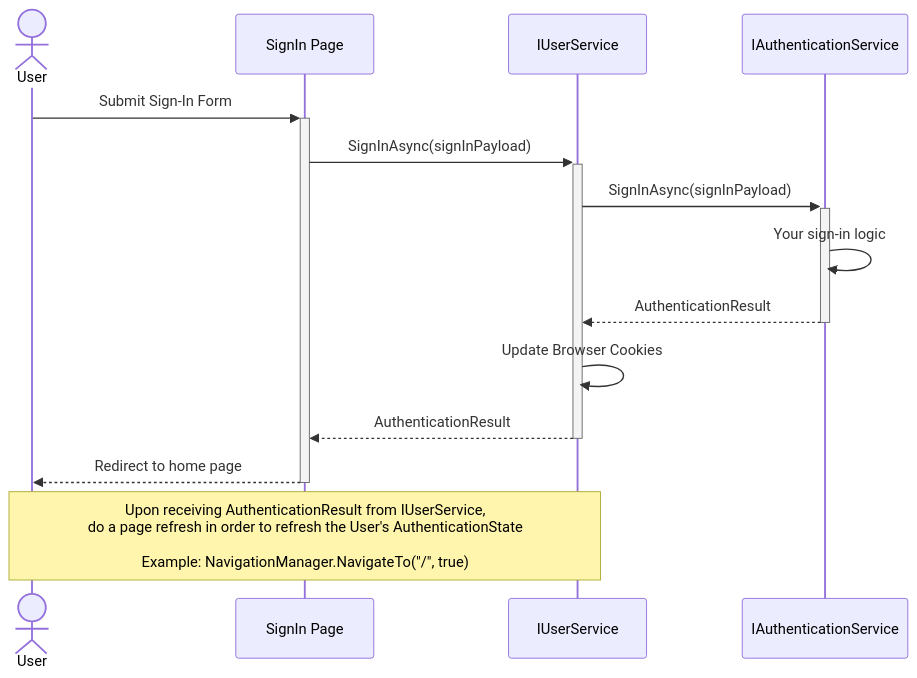
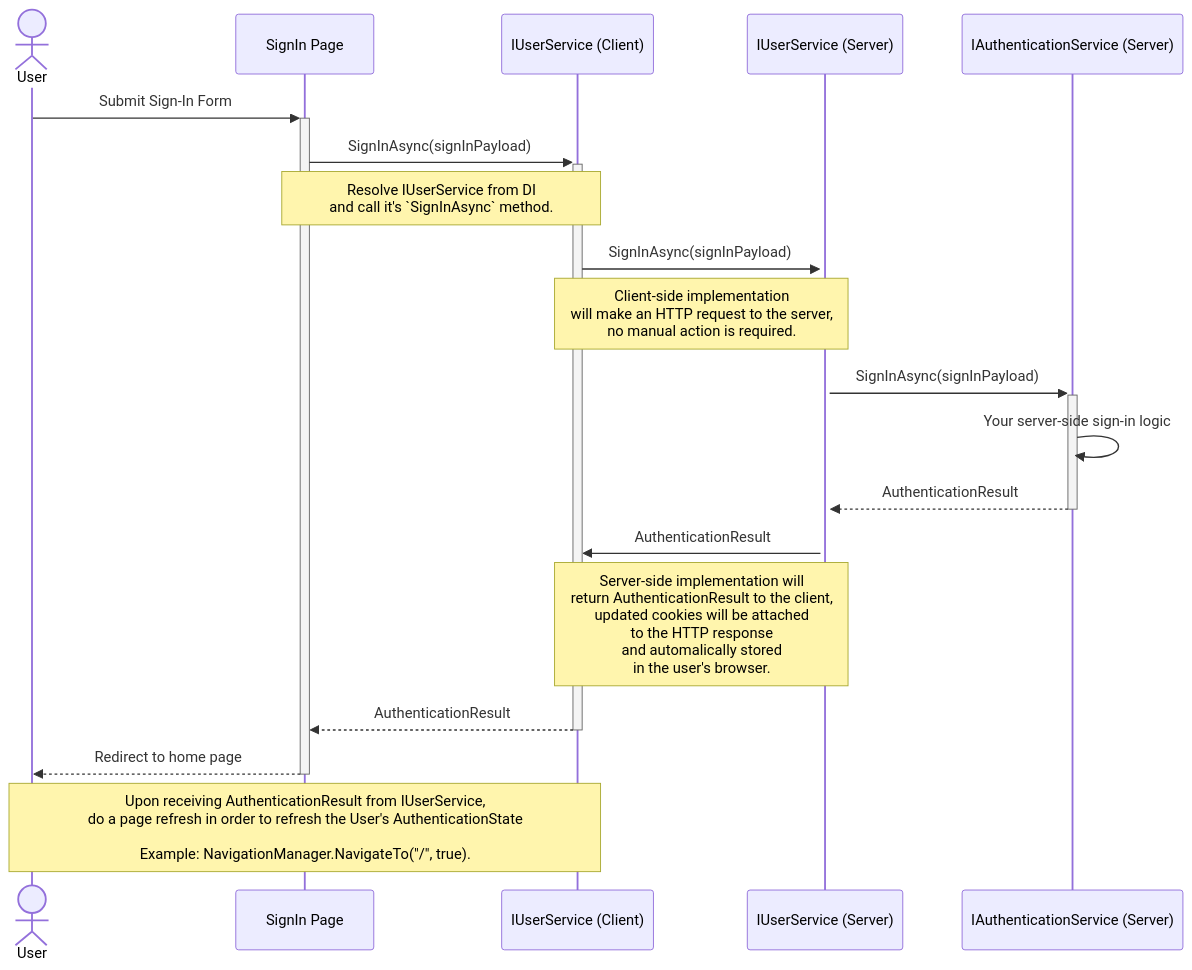
One commit to BitzArt/Blazor.Auth changed the first of 2 diagrams in docs/src/04.use-cases/01.interactive-webassembly.md. Above: the diagram before and after it, drawn with Mermaid. The commit also changed other lines of this file and 3 other files, not shown here.

````diff
--- a/docs/src/04.use-cases/01.interactive-webassembly.md
+++ b/docs/src/04.use-cases/01.interactive-webassembly.md
@@ -9,18 +9,27 @@
 ```mermaid
 sequenceDiagram
 
 actor user as User
 participant page as SignIn Page
-participant userService as IUserService
-participant authService as IAuthenticationService
+participant userServiceClient as IUserService (Client)
+participant userServiceServer as IUserService (Server)
+participant authService as IAuthenticationService (Server)
 
 user ->>+ page: Submit Sign-In Form
-page ->>+ userService: SignInAsync(signInPayload)
-userService ->>+ authService: SignInAsync(signInPayload)
-authService ->> authService: Your sign-in logic
-authService -->>- userService: AuthenticationResult
-userService ->> userService: Update Browser Cookies
-userService -->>- page: AuthenticationResult
+page ->>+ userServiceClient: SignInAsync(signInPayload)
+note over page,userServiceClient: Resolve IUserService from DI<br/> and call it's `SignInAsync` method.
+userServiceClient ->>+ userServiceServer: SignInAsync(signInPayload)
+note over userServiceClient,userServiceServer: Client-side implementation <br/> will make an HTTP request to the server, <br/> no manual action is required.
+
+userServiceServer ->>+ authService: SignInAsync(signInPayload)
+authService ->> authService: Your server-side sign-in logic
+
+authService -->>- userServiceServer: AuthenticationResult
+userServiceServer ->> userServiceClient: AuthenticationResult
+note over userServiceServer,userServiceClient: Server-side implementation will <br/> return AuthenticationResult to the client, <br/> updated cookies will be attached <br/> to the HTTP response <br/> and automalically stored <br/> in the user's browser.
+
+userServiceClient -->>- page: AuthenticationResult
 page -->>- user: Redirect to home page
-note over user,userService: Upon receiving AuthenticationResult from IUserService, <br/> do a page refresh in order to refresh the User's AuthenticationState<br/><br/> Example: NavigationManager.NavigateTo("/", true)
+
+note over user,userServiceClient: Upon receiving AuthenticationResult from IUserService, <br/> do a page refresh in order to refresh the User's AuthenticationState<br/><br/> Example: NavigationManager.NavigateTo("/", true).
 ```
````
